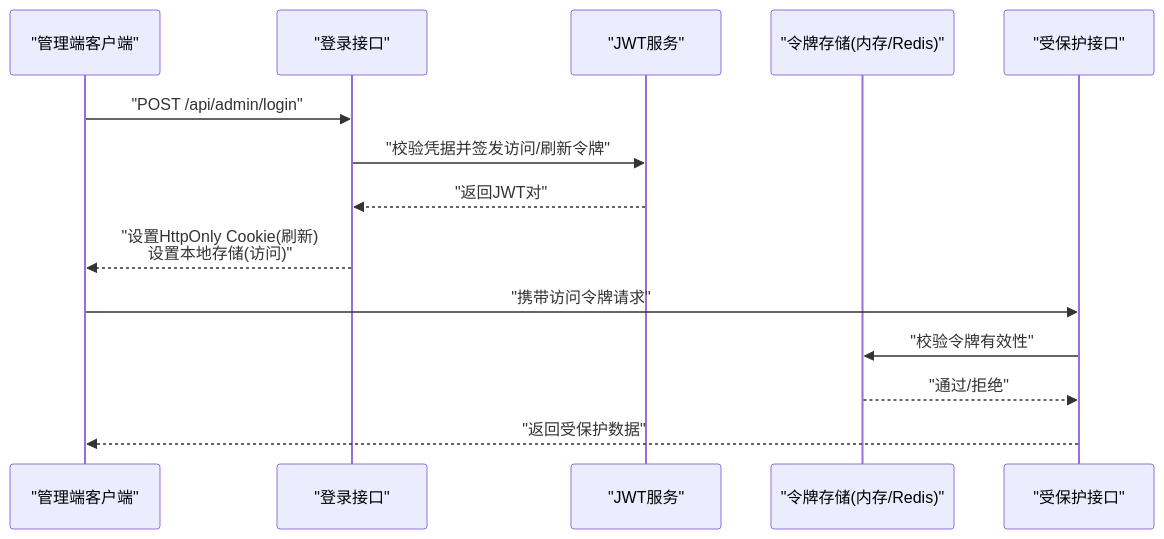
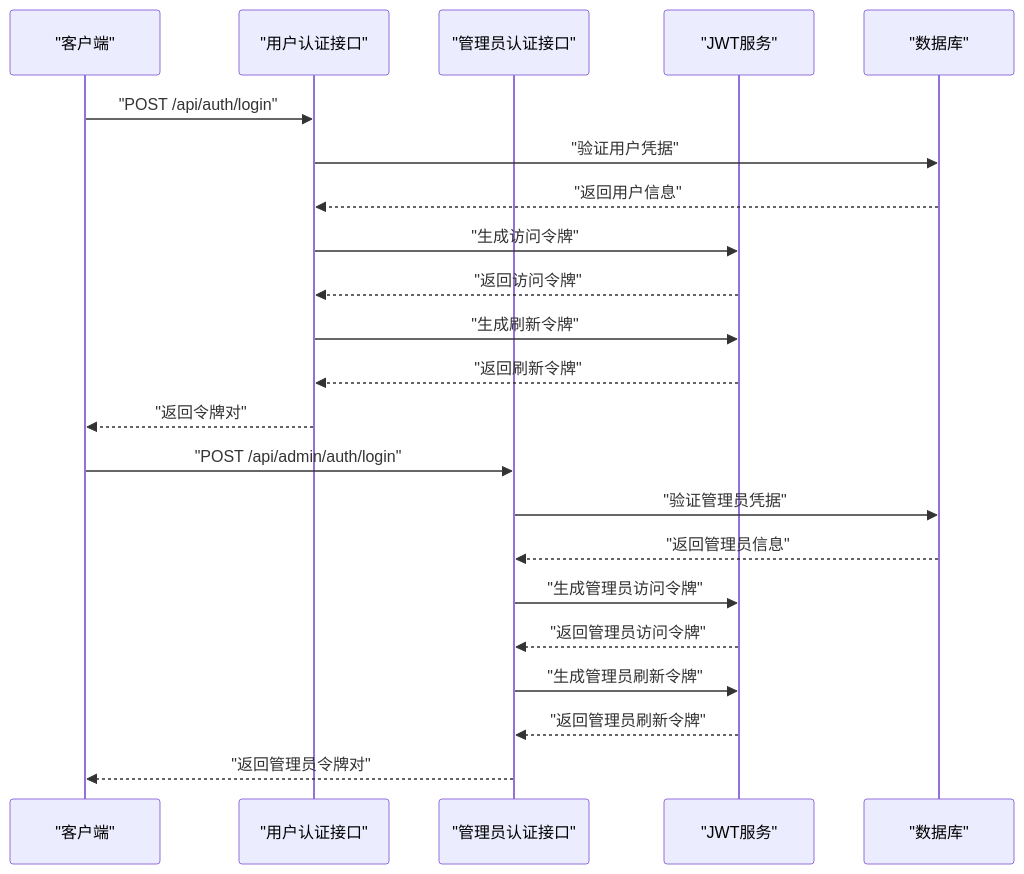
One commit to KunLabAI/KunFlix changed the first of 4 diagrams in .qoder/repowiki/zh/content/部署指南/安全配置/身份认证与授权.md. Above: the diagram before and after it, drawn with Mermaid. The commit also changed other lines of this file and 25 other files, not shown here.

First line of the commit message:
feat(admin-auth): 新增管理员认证模块及登录界面优化

````diff
--- a/.qoder/repowiki/zh/content/部署指南/安全配置/身份认证与授权.md
+++ b/.qoder/repowiki/zh/content/部署指南/安全配置/身份认证与授权.md
@@ -156,16 +46,24 @@
 ```mermaid
 sequenceDiagram
-participant Client as "管理端客户端"
-participant Login as "登录接口"
+participant Client as "客户端"
+participant Auth as "用户认证接口"
+participant AdminAuth as "管理员认证接口"
 participant JWT as "JWT服务"
-participant Store as "令牌存储(内存/Redis)"
-participant API as "受保护接口"
-Client->>Login : "POST /api/admin/login"
-Login->>JWT : "校验凭据并签发访问/刷新令牌"
-JWT-->>Login : "返回JWT对"
-Login-->>Client : "设置HttpOnly Cookie(刷新)<br/>设置本地存储(访问)"
-Client->>API : "携带访问令牌请求"
-API->>Store : "校验令牌有效性"
-Store-->>API : "通过/拒绝"
-API-->>Client : "返回受保护数据"
+participant DB as "数据库"
+Client->>Auth : "POST /api/auth/login"
+Auth->>DB : "验证用户凭据"
+DB-->>Auth : "返回用户信息"
+Auth->>JWT : "生成访问令牌"
+JWT-->>Auth : "返回访问令牌"
+Auth->>JWT : "生成刷新令牌"
+JWT-->>Auth : "返回刷新令牌"
+Auth-->>Client : "返回令牌对"
+Client->>AdminAuth : "POST /api/admin/auth/login"
+AdminAuth->>DB : "验证管理员凭据"
+DB-->>AdminAuth : "返回管理员信息"
+AdminAuth->>JWT : "生成管理员访问令牌"
+JWT-->>AdminAuth : "返回管理员访问令牌"
+AdminAuth->>JWT : "生成管理员刷新令牌"
+JWT-->>AdminAuth : "返回管理员刷新令牌"
+AdminAuth-->>Client : "返回管理员令牌对"
 ```
````
